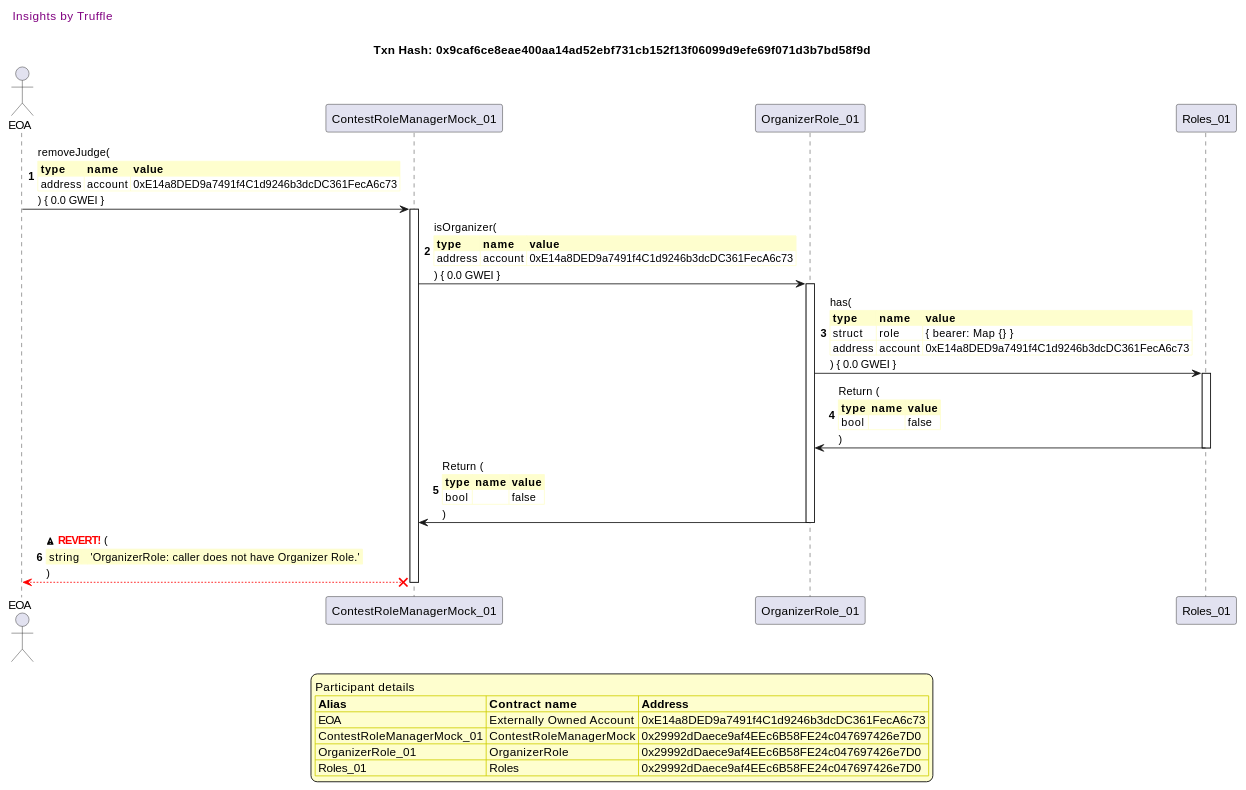
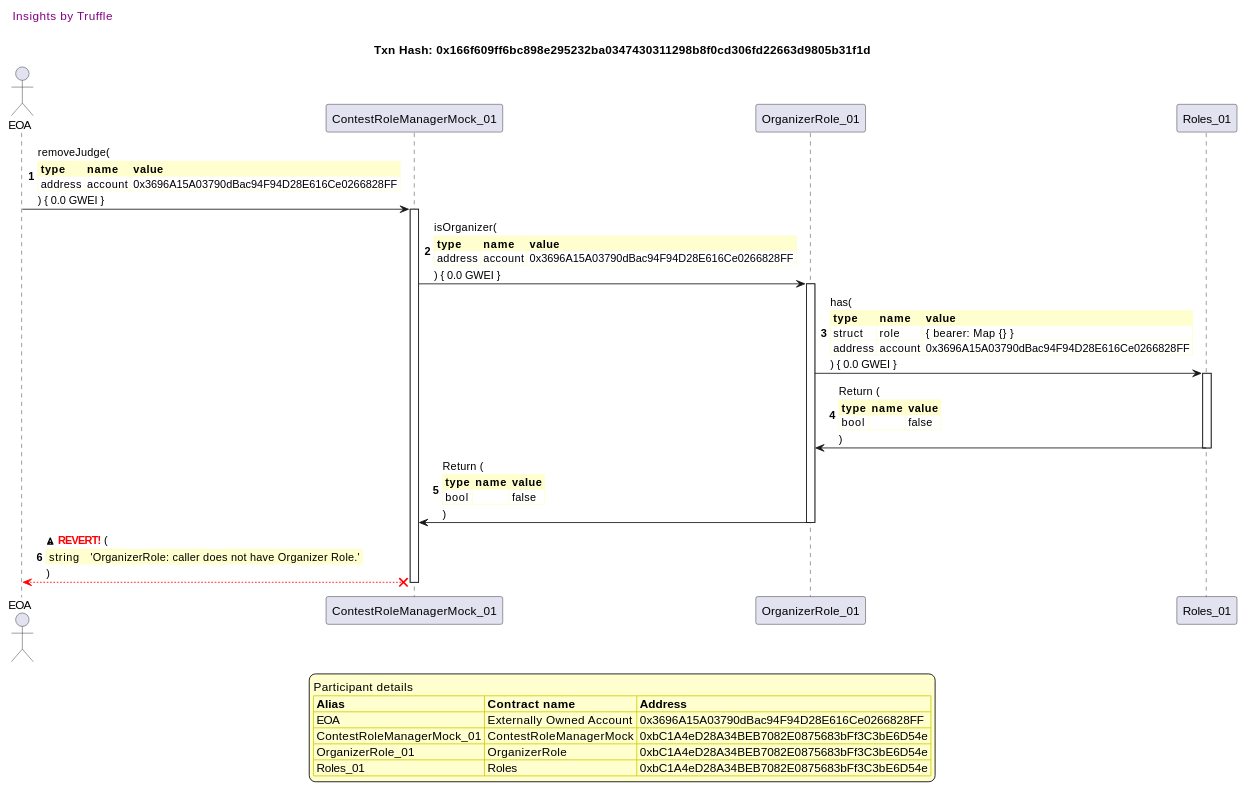
The third of 20 diagrams in truffle-seq/roles_contestrolemanager.md (fodisi/hackapay), drawn with PlantUML before and after one commit. The commit also changed other lines of this file and 10 other files, not shown here.

````diff
--- a/truffle-seq/roles_contestrolemanager.md
+++ b/truffle-seq/roles_contestrolemanager.md
@@ -168,64 +168,64 @@
 ```plantuml
 
 
 @startuml
 
 autonumber
 skinparam legendBackgroundColor #FEFECE
 
 <style>
       header {
         HorizontalAlignment left
         FontColor purple
         FontSize 14
         Padding 10
       }
     </style>
 
 header Insights by Truffle
 
-title Txn Hash: 0x9caf6ce8eae400aa14ad52ebf731cb152f13f06099d9efe69f071d3b7bd58f9d
+title Txn Hash: 0x166f609ff6bc898e295232ba0347430311298b8f0cd306fd22663d9805b31f1d
 
 
 actor EOA as "EOA"
 participant ContestRoleManagerMock_01 as "ContestRoleManagerMock_01"
 participant OrganizerRole_01 as "OrganizerRole_01"
 participant Roles_01 as "Roles_01"
 
 "EOA" -> "ContestRoleManagerMock_01" ++: removeJudge(\n\
 <#FEFECE,#FEFECE>|= type |= name |= value |\n\
-| address | account | 0xE14a8DED9a7491f4C1d9246b3dcDC361FecA6c73 |\n\
+| address | account | 0x3696A15A03790dBac94F94D28E616Ce0266828FF |\n\
 ) { 0.0 GWEI }
 "ContestRoleManagerMock_01" -> "OrganizerRole_01" ++: isOrganizer(\n\
 <#FEFECE,#FEFECE>|= type |= name |= value |\n\
-| address | account | 0xE14a8DED9a7491f4C1d9246b3dcDC361FecA6c73 |\n\
+| address | account | 0x3696A15A03790dBac94F94D28E616Ce0266828FF |\n\
 ) { 0.0 GWEI }
 "OrganizerRole_01" -> "Roles_01" ++: has(\n\
 <#FEFECE,#FEFECE>|= type |= name |= value |\n\
 | struct | role | { bearer: Map {} } |\n\
-| address | account | 0xE14a8DED9a7491f4C1d9246b3dcDC361FecA6c73 |\n\
+| address | account | 0x3696A15A03790dBac94F94D28E616Ce0266828FF |\n\
 ) { 0.0 GWEI }
 "Roles_01" -> "OrganizerRole_01" --: Return (\n\
 <#FEFECE,#FEFECE>|= type |= name |= value |\n\
 | bool |  | false |\n\
 )
 "OrganizerRole_01" -> "ContestRoleManagerMock_01" --: Return (\n\
 <#FEFECE,#FEFECE>|= type |= name |= value |\n\
 | bool |  | false |\n\
 )
 "ContestRoleManagerMock_01" x-[#red]-> "EOA" --: <&warning> <color #red>**REVERT!**</color> (\n\
 <#FEFECE,#FEFECE>| string |  | 'OrganizerRole: caller does not have Organizer Role.' |\n\
 )
 deactivate "ContestRoleManagerMock_01"
 
 legend
 Participant details
 <#FEFECE,#D0D000>|= Alias |= Contract name |= Address |
-<#FEFECE>| EOA | Externally Owned Account | 0xE14a8DED9a7491f4C1d9246b3dcDC361FecA6c73 |
-<#FEFECE>| ContestRoleManagerMock_01 | ContestRoleManagerMock | 0x29992dDaece9af4EEc6B58FE24c047697426e7D0 |
-<#FEFECE>| OrganizerRole_01 | OrganizerRole | 0x29992dDaece9af4EEc6B58FE24c047697426e7D0 |
-<#FEFECE>| Roles_01 | Roles | 0x29992dDaece9af4EEc6B58FE24c047697426e7D0 |
+<#FEFECE>| EOA | Externally Owned Account | 0x3696A15A03790dBac94F94D28E616Ce0266828FF |
+<#FEFECE>| ContestRoleManagerMock_01 | ContestRoleManagerMock | 0xbC1A4eD28A34BEB7082E0875683bFf3C3bE6D54e |
+<#FEFECE>| OrganizerRole_01 | OrganizerRole | 0xbC1A4eD28A34BEB7082E0875683bFf3C3bE6D54e |
+<#FEFECE>| Roles_01 | Roles | 0xbC1A4eD28A34BEB7082E0875683bFf3C3bE6D54e |
 endlegend
 
 @enduml
 ```
````
